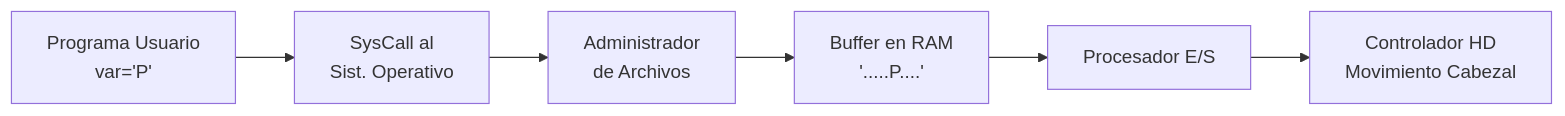
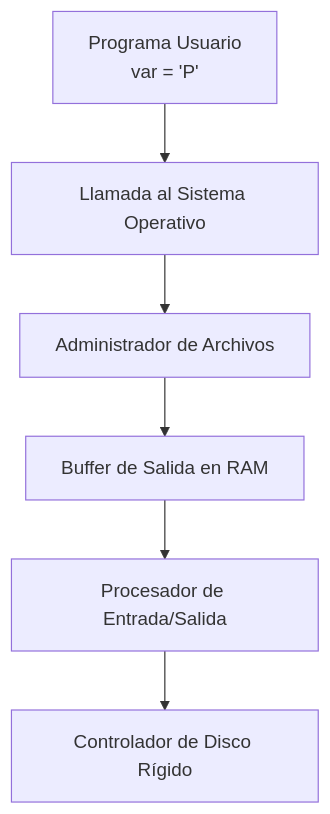
The diagram in FOD/Teoria/Resumenes/Clase3.md (auwus21/Facultad-Informatica-UNLP), drawn with Mermaid before and after one commit. The commit also changed other lines of this file, not shown here.

````diff
--- a/FOD/Teoria/Resumenes/Clase3.md
+++ b/FOD/Teoria/Resumenes/Clase3.md
@@ -22,8 +39,8 @@
 ```mermaid
-graph LR
-    A[Programa Usuario\nvar='P'] --> B[SysCall al\nSist. Operativo]
-    B --> C[Administrador\nde Archivos]
-    C --> D[Buffer en RAM\n'.....P....']
-    D --> E[Procesador E/S]
-    E --> F[Controlador HD\nMovimiento Cabezal]
+graph TD
+    A[Programa Usuario\nvar = 'P'] --> B[Llamada al Sistema Operativo]
+    B --> C[Administrador de Archivos]
+    C --> D[Buffer de Salida en RAM]
+    D --> E[Procesador de Entrada/Salida]
+    E --> F[Controlador de Disco Rígido]
 ```
````
